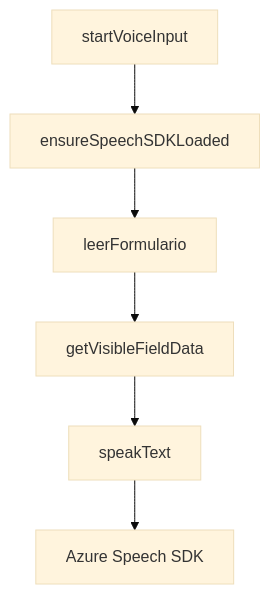
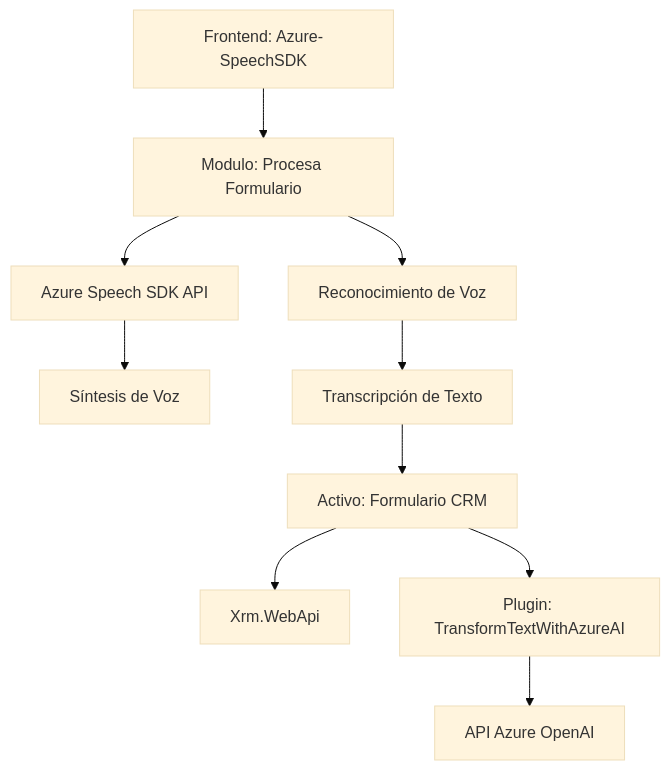
One commit to blopezdm/NETCORE_BILBAO2025 changed the diagram in README.md. Above: the diagram before and after it, drawn with Mermaid (base theme). The commit also changed other lines of this file, not shown here.

````diff
--- a/README.md
+++ b/README.md
@@ -39,8 +44,12 @@
 ```mermaid
 graph TD
-  A["startVoiceInput"] --> B["ensureSpeechSDKLoaded"]
-  B --> C["leerFormulario"]
-  C --> D["getVisibleFieldData"]
-  D --> E["speakText"]
-  E --> AzureSDK["Azure Speech SDK"]
+    A["Frontend: Azure-SpeechSDK"] --> B["Modulo: Procesa Formulario"]
+    B --> C["Azure Speech SDK API"]
+    C --> D["Síntesis de Voz"]
+    B --> E["Reconocimiento de Voz"]
+    E --> F["Transcripción de Texto"]
+    F --> G["Activo: Formulario CRM"]
+    G --> H["Xrm.WebApi"]
+    G --> J["Plugin: TransformTextWithAzureAI"]
+    J --> K["API Azure OpenAI"]
 ```
````
